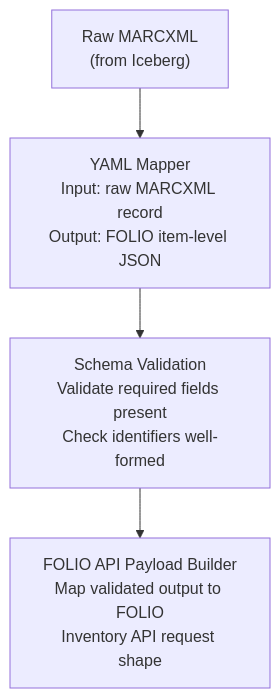
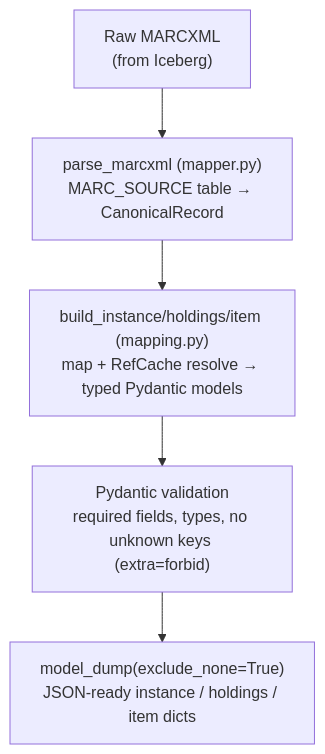
Before and after one commit to wellcomecollection/docs: the fourth of 6 diagrams in rfcs/090-axiell-folio-sync/README.md, drawn with Mermaid. The commit also changed other lines of this file and 3 other files, not shown here.

````diff
--- a/rfcs/090-axiell-folio-sync/README.md
+++ b/rfcs/090-axiell-folio-sync/README.md
@@ -182,6 +178,7 @@
 ```mermaid
 graph TD
-    A["Raw MARCXML<br/>(from Iceberg)"] --> B["YAML Mapper<br/>Input: raw MARCXML record<br/>Output: FOLIO item-level JSON"]
-    B --> C["Schema Validation<br/>Validate required fields present<br/>Check identifiers well-formed"]
-    C --> D["FOLIO API Payload Builder<br/>Map validated output to FOLIO<br/>Inventory API request shape"]
+    A["Raw MARCXML<br/>(from Iceberg)"] --> B["parse_marcxml (mapper.py)<br/>MARC_SOURCE table → CanonicalRecord"]
+    B --> C["build_instance/holdings/item (mapping.py)<br/>map + RefCache resolve → typed Pydantic models"]
+    C --> D["Pydantic validation<br/>required fields, types, no unknown keys (extra=forbid)"]
+    D --> E["model_dump(exclude_none=True)<br/>JSON-ready instance / holdings / item dicts"]
 ```
````
